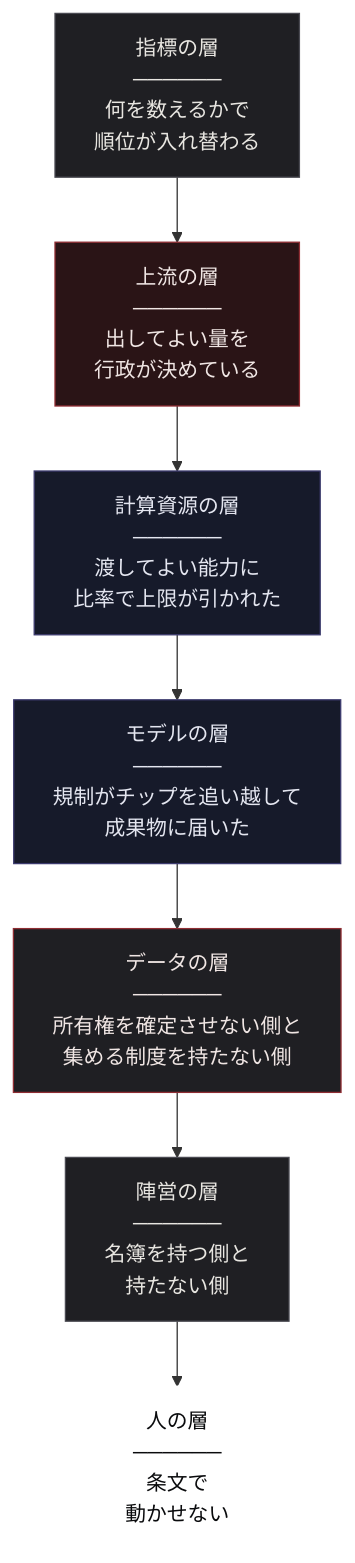
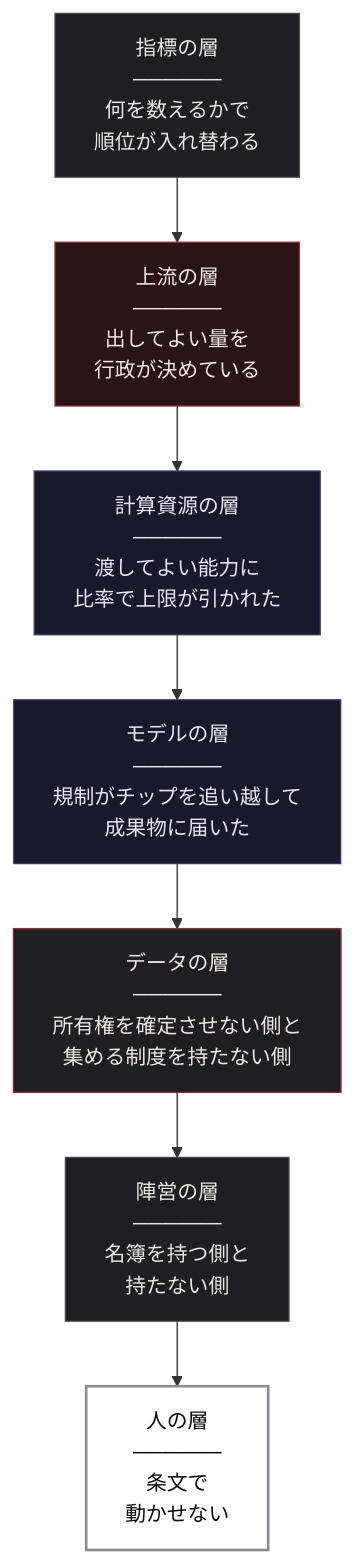
Before and after one commit to Leading-AI-IO/us-china-ai-competition: the first of 6 diagrams in docs/jp/us-china-ai-competition_JP.md, drawn with Mermaid. The commit also changed other lines of this file, not shown here.

````diff
--- a/docs/jp/us-china-ai-competition_JP.md
+++ b/docs/jp/us-china-ai-competition_JP.md
@@ -65,17 +65,17 @@
 ```mermaid
 graph TD
     A["指標の層<br/>──────<br/>何を数えるかで<br/>順位が入れ替わる"] --> B["上流の層<br/>──────<br/>出してよい量を<br/>行政が決めている"]
     B --> C["計算資源の層<br/>──────<br/>渡してよい能力に<br/>比率で上限が引かれた"]
     C --> D["モデルの層<br/>──────<br/>規制がチップを追い越して<br/>成果物に届いた"]
     D --> E["データの層<br/>──────<br/>所有権を確定させない側と<br/>集める制度を持たない側"]
     E --> F["陣営の層<br/>──────<br/>名簿を持つ側と<br/>持たない側"]
     F --> G["人の層<br/>──────<br/>条文で<br/>動かせない"]
 
     style A fill:#1F1F23,stroke:#4A4A52,color:#E8E6E1
     style B fill:#2A1416,stroke:#8F2D33,color:#F0E6E4
     style C fill:#161A2A,stroke:#3C3B6E,color:#E4E6F0
     style D fill:#161A2A,stroke:#3C3B6E,color:#E4E6F0
     style E fill:#1F1F23,stroke:#8F2D33,color:#F0E6E4
     style F fill:#1F1F23,stroke:#4A4A52,color:#E8E6E1
-    style G fill:#FFFFFF,stroke:#FFFFFF,color:#0A0B0D
+    style G fill:#FFFFFF,stroke:#8A8A90,stroke-width:2px,color:#0A0B0D
 ```
````
